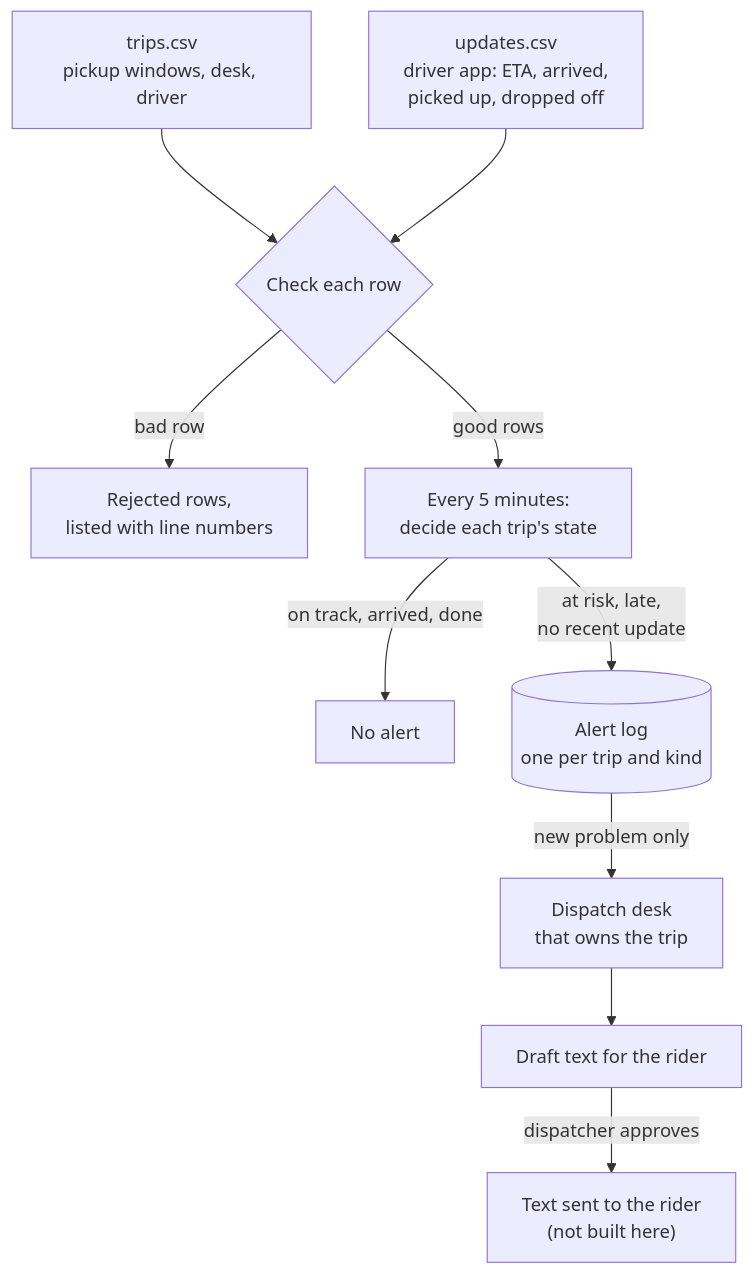
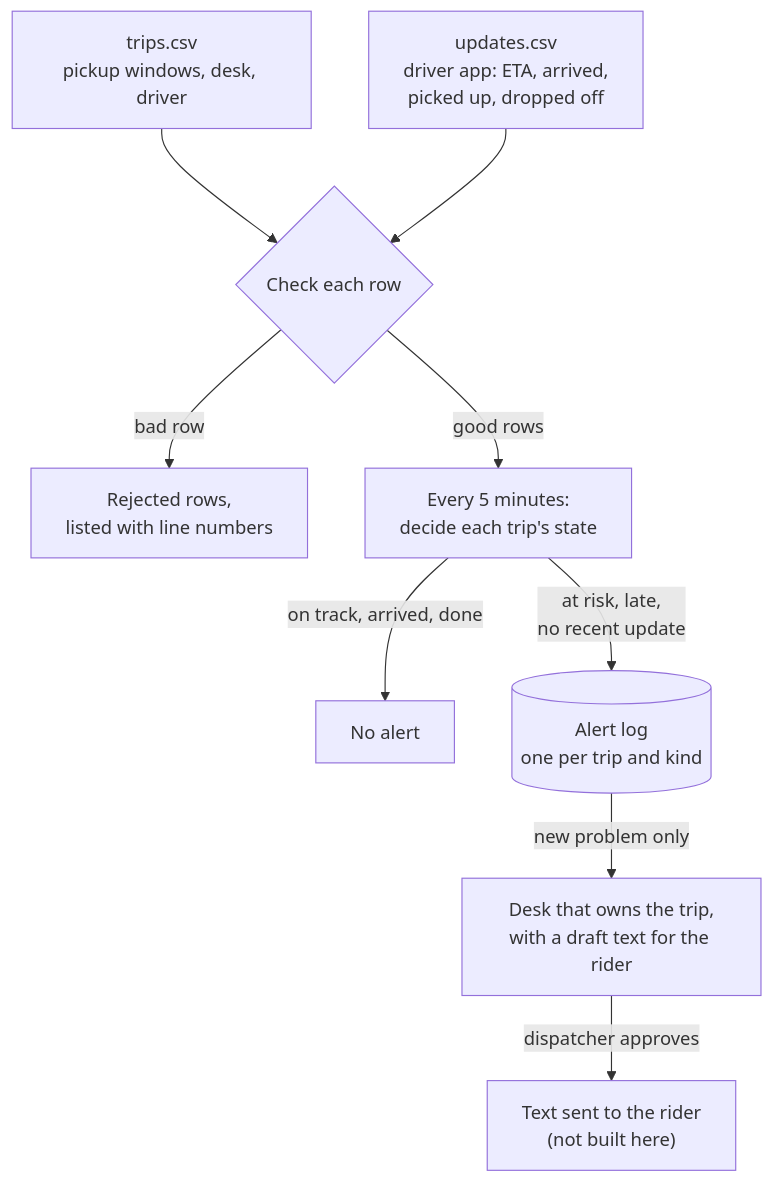
The first of 3 diagrams in README.md (DerpyNewb/late-trip-monitor), drawn with Mermaid before and after one commit.

Commit message:
Shorten the README flowchart by one step

````diff
--- a/README.md
+++ b/README.md
@@ -33,12 +33,11 @@
 ```mermaid
 flowchart TD
     T["trips.csv<br/>pickup windows, desk, driver"] --> V{"Check each row"}
     U["updates.csv<br/>driver app: ETA, arrived,<br/>picked up, dropped off"] --> V
     V -- "bad row" --> R["Rejected rows,<br/>listed with line numbers"]
     V -- "good rows" --> S["Every 5 minutes:<br/>decide each trip's state"]
     S -- "on track, arrived, done" --> N["No alert"]
     S -- "at risk, late,<br/>no recent update" --> L[("Alert log<br/>one per trip and kind")]
-    L -- "new problem only" --> D["Dispatch desk<br/>that owns the trip"]
-    D --> X["Draft text for the rider"]
-    X -- "dispatcher approves" --> Y["Text sent to the rider<br/>(not built here)"]
+    L -- "new problem only" --> D["Desk that owns the trip,<br/>with a draft text for the rider"]
+    D -- "dispatcher approves" --> Y["Text sent to the rider<br/>(not built here)"]
 ```
````
